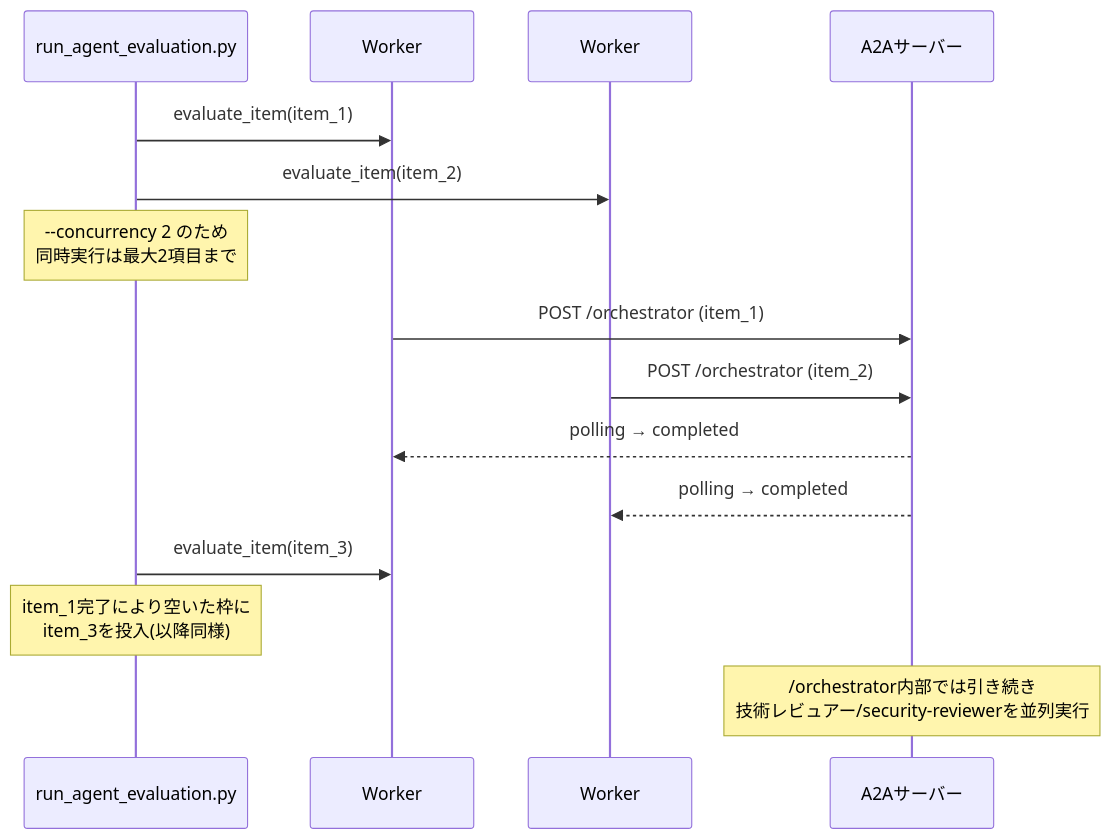
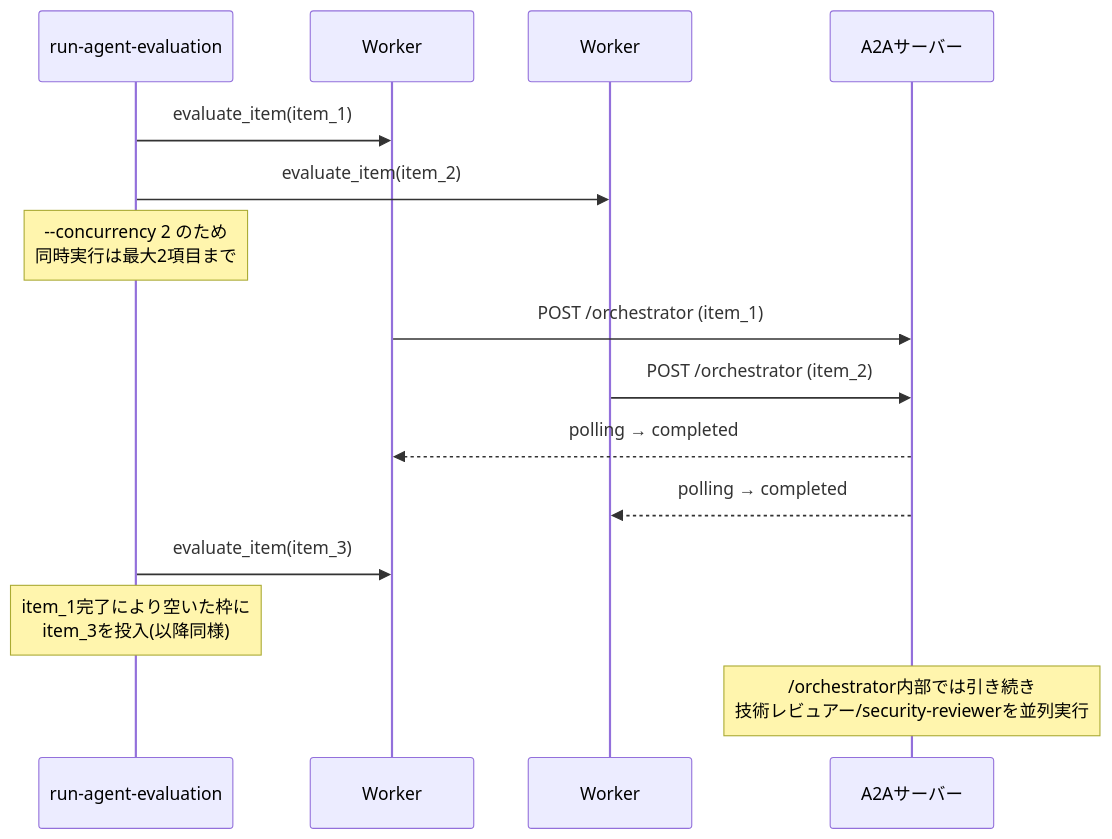
One commit to kuju63/code-review-agents changed the second of 2 diagrams in docs/evaluation-pipeline-design.md. Above: the diagram before and after it, drawn with Mermaid. The commit also changed other lines of this file and 4 other files, not shown here.

````diff
--- a/docs/evaluation-pipeline-design.md
+++ b/docs/evaluation-pipeline-design.md
@@ -152,19 +154,19 @@
 ```mermaid
 sequenceDiagram
-    participant Runner as run_agent_evaluation.py
+    participant Runner as run-agent-evaluation
     participant W1 as Worker#1
     participant W2 as Worker#2
     participant A2A as A2Aサーバー
 
     Runner->>W1: evaluate_item(item_1)
     Runner->>W2: evaluate_item(item_2)
     Note over Runner: --concurrency 2 のため<br/>同時実行は最大2項目まで
     W1->>A2A: POST /orchestrator (item_1)
     W2->>A2A: POST /orchestrator (item_2)
     A2A-->>W1: polling → completed
     A2A-->>W2: polling → completed
     Runner->>W1: evaluate_item(item_3)
     Note over Runner: item_1完了により空いた枠に<br/>item_3を投入(以降同様)
 
     Note over A2A: /orchestrator内部では引き続き<br/>技術レビュアー/security-reviewerを並列実行
 ```
````
